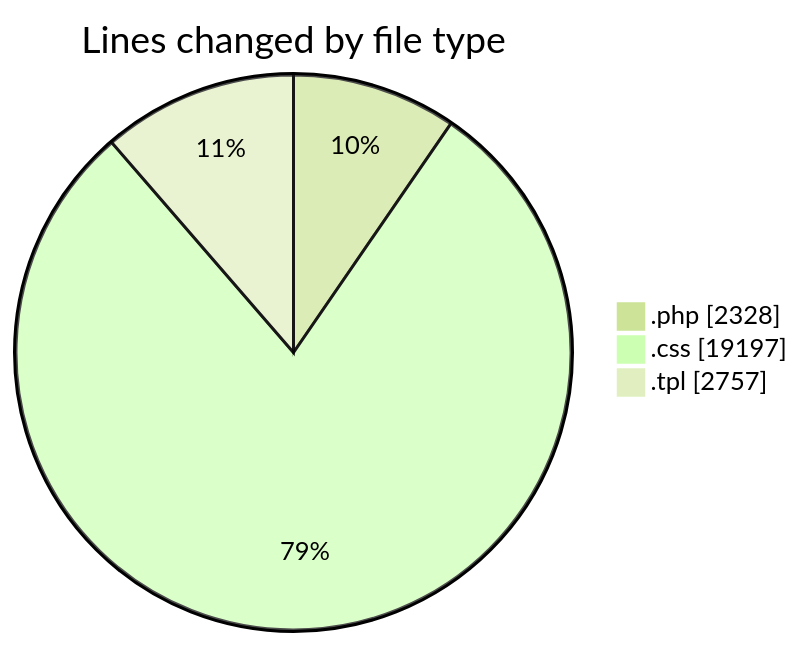
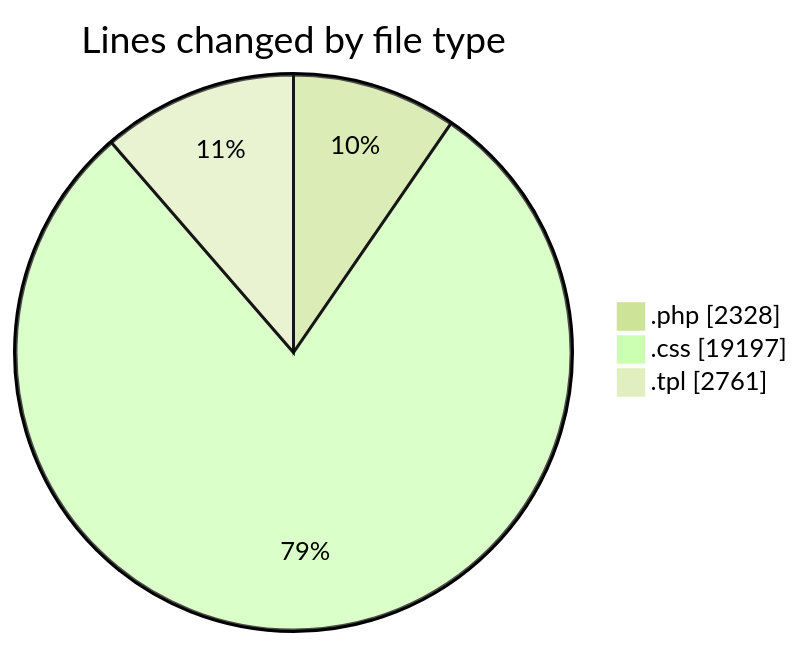
One commit to vahidmafi/code-tracking changed the first of 2 diagrams in 2025-03-23/zeytoon/README.md. Above: the diagram before and after it, drawn with Mermaid (forest theme). The commit also changed other lines of this file and 1 other file, not shown here.

````diff
--- a/2025-03-23/zeytoon/README.md
+++ b/2025-03-23/zeytoon/README.md
@@ -25,7 +25,7 @@
 ```mermaid
 pie showData
 title Lines changed by file type
 ".php" : 2328
 ".css" : 19197
-".tpl" : 2757
+".tpl" : 2761
 ```
````
